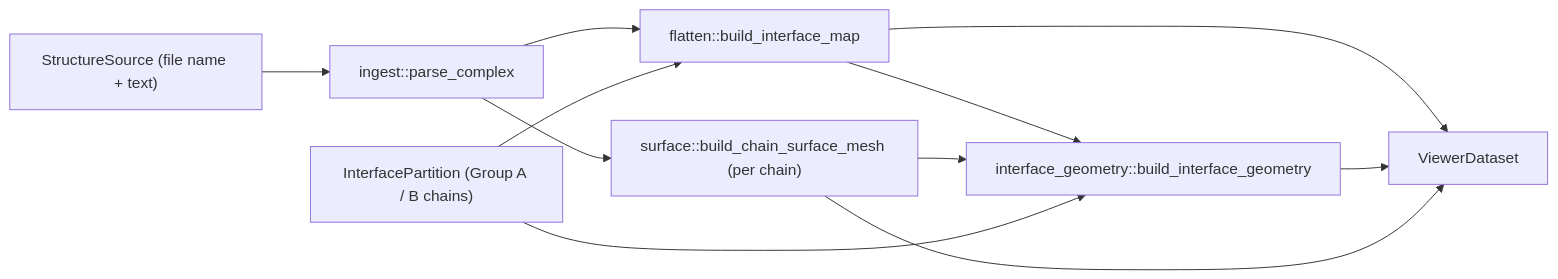
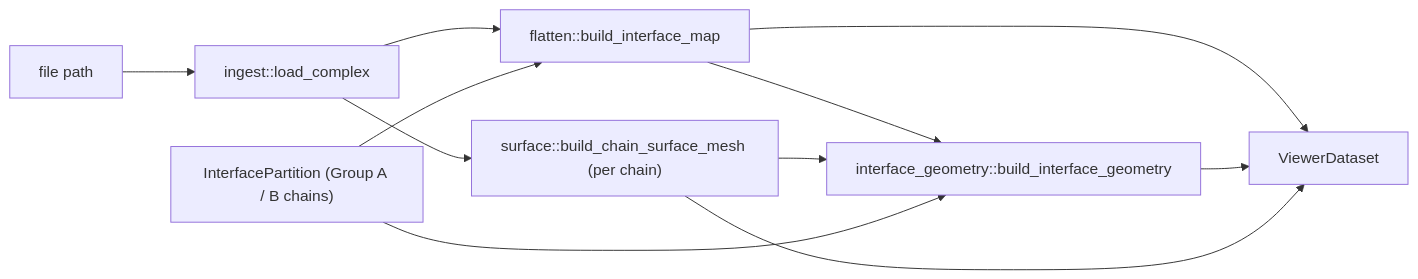
Before and after one commit to iamtomhansen/smorgasprot: the diagram in docs/architecture.md, drawn with Mermaid. The commit also changed other lines of this file and 20 other files, not shown here.

````diff
--- a/docs/architecture.md
+++ b/docs/architecture.md
@@ -53,14 +61,14 @@
 ```mermaid
 flowchart LR
-    src["StructureSource (file name + text)"] --> parse["ingest::parse_complex"]
+    path["file path"] --> parse["ingest::load_complex"]
     part["InterfacePartition (Group A / B chains)"]
     parse --> map["flatten::build_interface_map"]
     part --> map
     parse --> surf["surface::build_chain_surface_mesh (per chain)"]
     map --> geom["interface_geometry::build_interface_geometry"]
     surf --> geom
     part --> geom
     map --> ds["ViewerDataset"]
     geom --> ds
     surf --> ds
 ```
````
